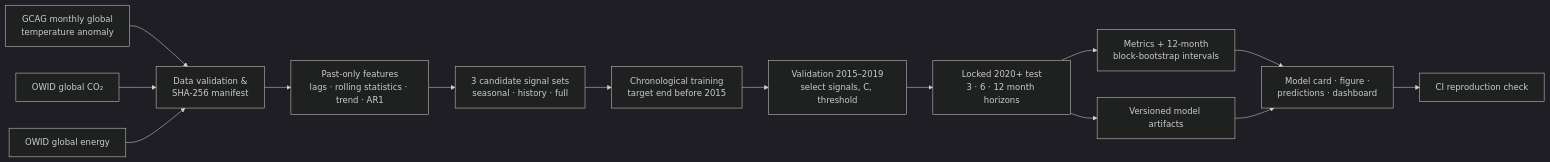
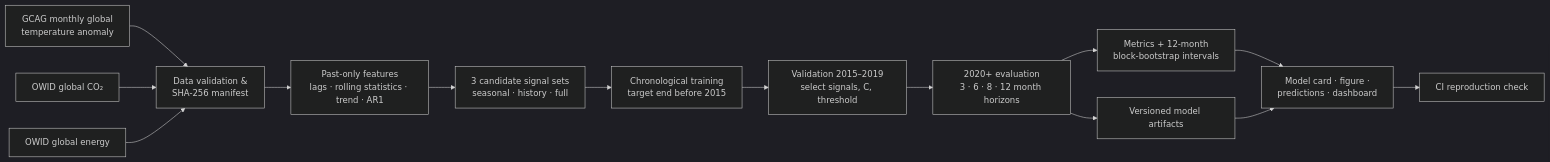
One commit to haarikaalla/CascadeEWS changed the diagram in README.md. Above: the diagram before and after it, drawn with Mermaid (dark theme). The commit also changed other lines of this file and 14 other files, not shown here.

````diff
--- a/README.md
+++ b/README.md
@@ -44,16 +53,16 @@
 ```mermaid
 flowchart LR
     A[GCAG monthly global<br/>temperature anomaly] --> D[Data validation &<br/>SHA-256 manifest]
     B[OWID global CO₂] --> D
     C[OWID global energy] --> D
     D --> E[Past-only features<br/>lags · rolling statistics · trend · AR1]
     E --> F[3 candidate signal sets<br/>seasonal · history · full]
     F --> G[Chronological training<br/>target end before 2015]
     G --> H[Validation 2015–2019<br/>select signals, C, threshold]
-    H --> I[Locked 2020+ test<br/>3 · 6 · 12 month horizons]
+    H --> I[2020+ evaluation<br/>3 · 6 · 8 · 12 month horizons]
     I --> J[Metrics + 12-month<br/>block-bootstrap intervals]
     I --> K[Versioned model artifacts]
     J --> L[Model card · figure ·<br/>predictions · dashboard]
     K --> L
     L --> M[CI reproduction check]
 ```
````
